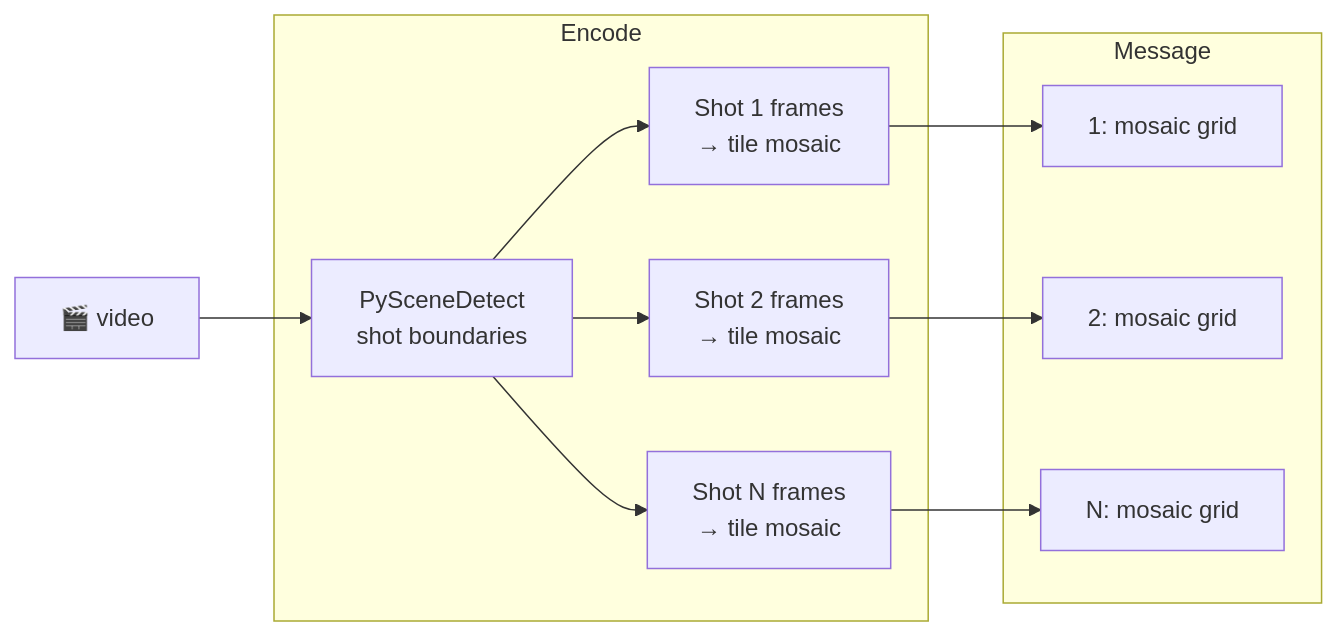
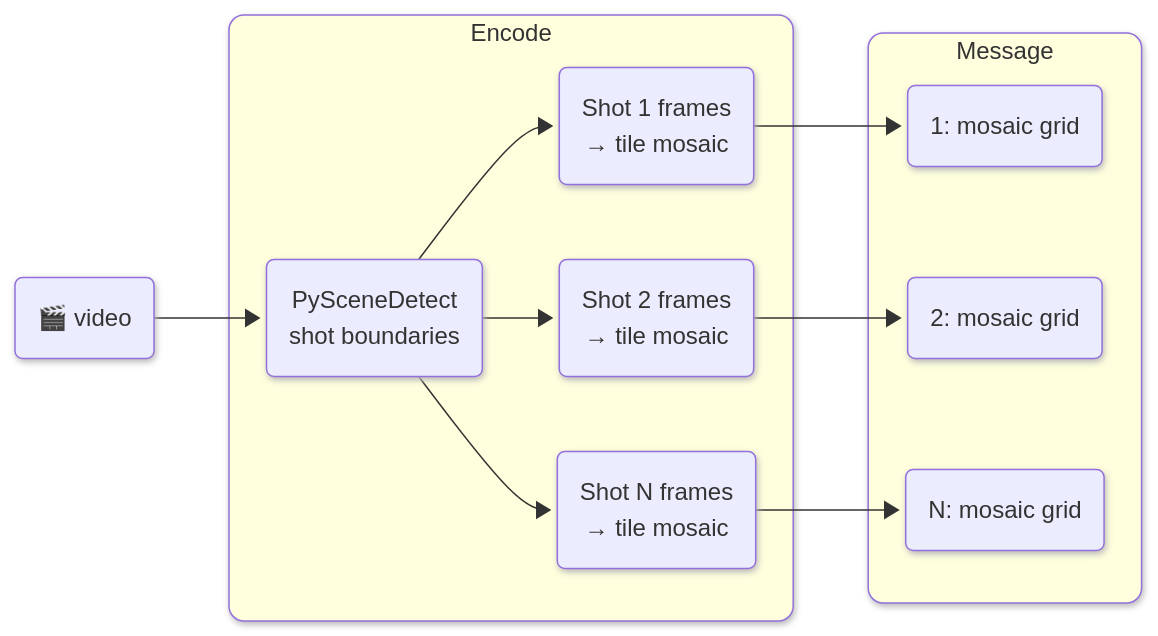
Before and after one commit to vlm-run/mm: the eighth of 17 diagrams in docs/ENCODERS.md, drawn with Mermaid. The commit also changed other lines of this file and 1 other file, not shown here.

````diff
--- a/docs/ENCODERS.md
+++ b/docs/ENCODERS.md
@@ -197,22 +218,25 @@
 ```mermaid
+%%{init: {'look': 'neo'} }%%
 graph LR
-  video["🎬 video"]
+  video("🎬 video")
 
   subgraph encode ["Encode"]
-    detect["PySceneDetect\nshot boundaries"]
-    s1["Shot 1 frames\n→ tile mosaic"]
-    s2["Shot 2 frames\n→ tile mosaic"]
-    s3["Shot N frames\n→ tile mosaic"]
+    detect("PySceneDetect\nshot boundaries")
+    s1("Shot 1 frames\n→ tile mosaic")
+    s2("Shot 2 frames\n→ tile mosaic")
+    s3("Shot N frames\n→ tile mosaic")
   end
 
   subgraph message ["Message"]
-    m1["1: mosaic grid"]
-    m2["2: mosaic grid"]
-    m3["N: mosaic grid"]
+    m1("1: mosaic grid")
+    m2("2: mosaic grid")
+    m3("N: mosaic grid")
   end
 
   video --> detect
   detect --> s1 --> m1
   detect --> s2 --> m2
   detect --> s3 --> m3
+  style encode rx:10px,ry:10px
+  style message rx:10px,ry:10px
 ```
````
